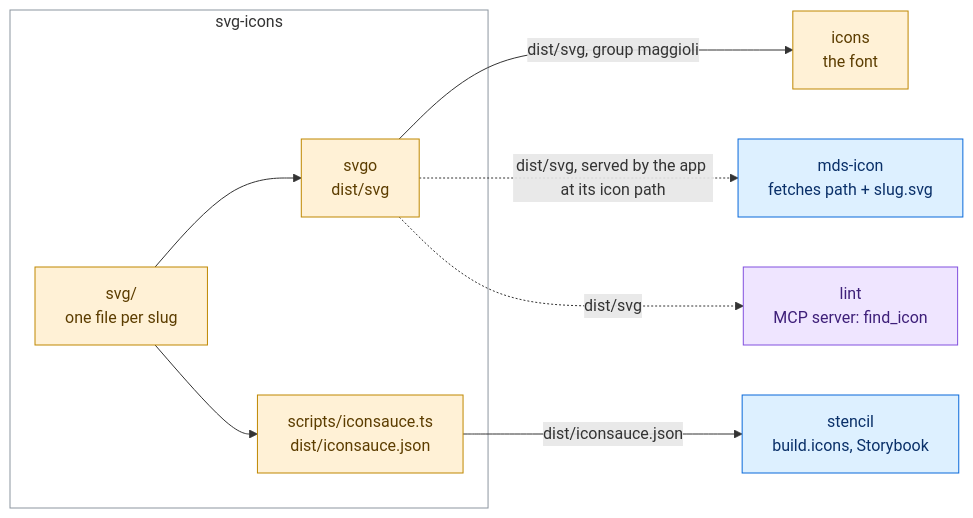
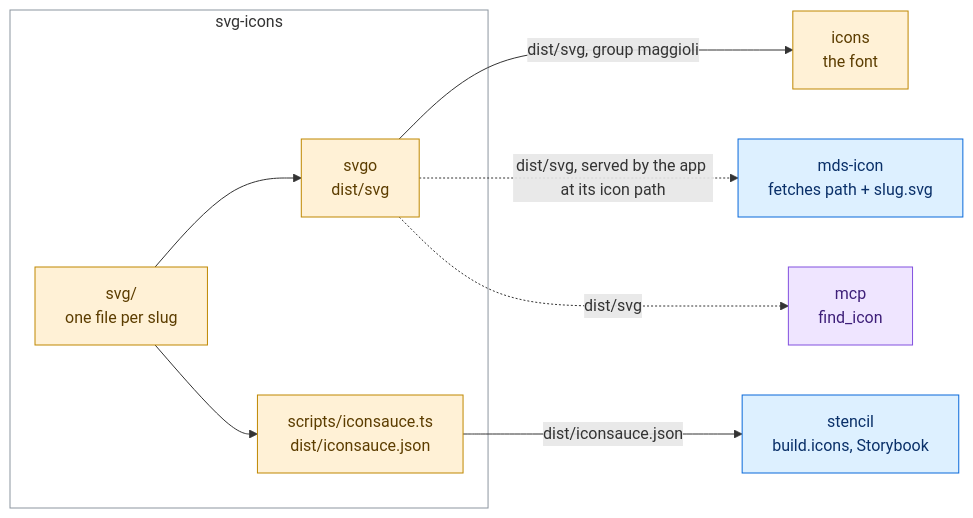
The diagram in projects/svg-icons/README.md (magma-design-system/magma), drawn with Mermaid before and after one commit. The commit also changed 14 other files, not shown here.

First line of the commit message:
docs(mcp): the README of mcp, apart from the one of lint

````diff
--- a/projects/svg-icons/README.md
+++ b/projects/svg-icons/README.md
@@ -15,25 +15,25 @@
 ```mermaid
 flowchart LR
   subgraph si["svg-icons"]
     SRC["svg/<br/>one file per slug"]
     SVGO["svgo<br/>dist/svg"]
     DICT["scripts/iconsauce.ts<br/>dist/iconsauce.json"]
     SRC --> SVGO
     SRC --> DICT
   end
   SVGO -->|"dist/svg, group maggioli"| IC["icons<br/>the font"]
   DICT -->|"dist/iconsauce.json"| WC["stencil<br/>build.icons, Storybook"]
   SVGO -.->|"dist/svg, served by the app at its icon path"| ICON["mds-icon<br/>fetches path + slug.svg"]
-  SVGO -.->|"dist/svg"| MCP["lint<br/>MCP server: find_icon"]
+  SVGO -.->|"dist/svg"| MCP["mcp<br/>find_icon"]
   class MCP ai
   class SRC,SVGO,DICT,IC assets
   class WC,ICON components
   class si area
   classDef ai fill:#efe5ff,stroke:#8250df,color:#3e1f79
   classDef assets fill:#fff1d6,stroke:#bf8700,color:#5c3d00
   classDef visual fill:#dcf5ec,stroke:#1a7f64,color:#0b4a3a
   classDef components fill:#ddf0ff,stroke:#0969da,color:#0a3069
   classDef tooling fill:#eceff3,stroke:#57606a,color:#24292f
   classDef outside fill:#ffffff,stroke:#8c959f,color:#24292f
   classDef area fill:none,stroke:#8c959f
 ```
````
